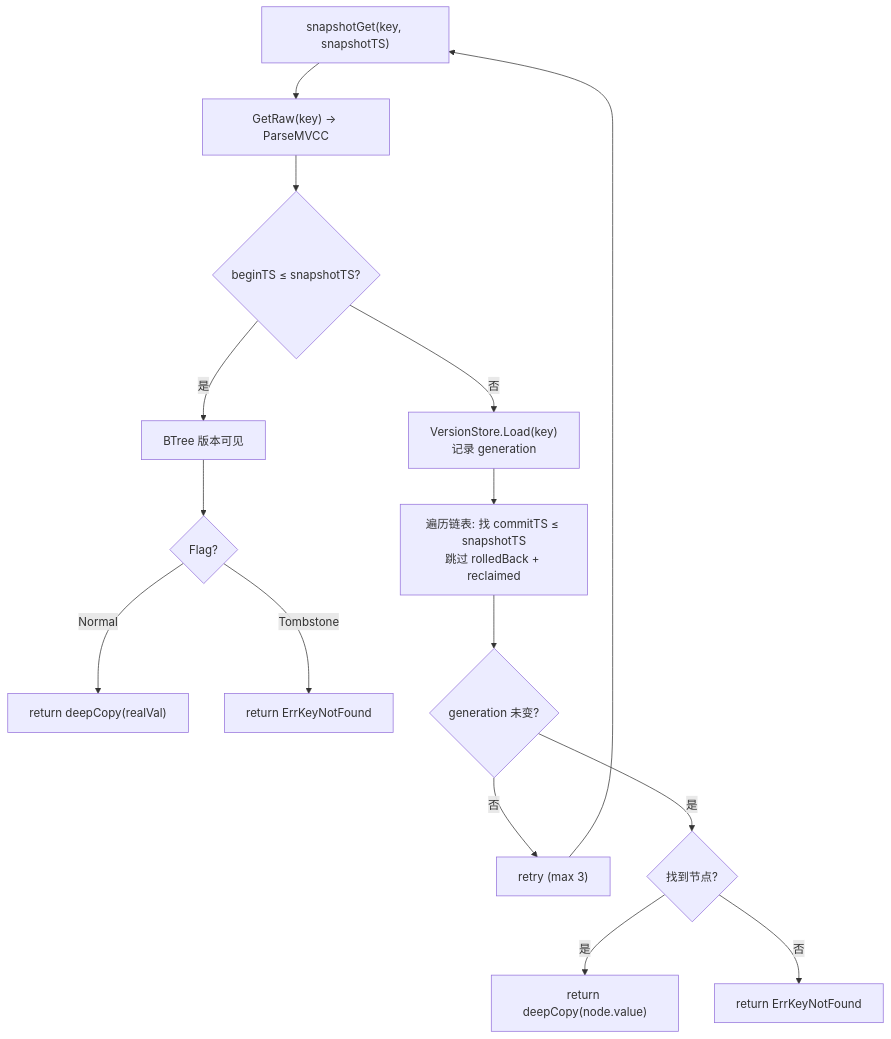
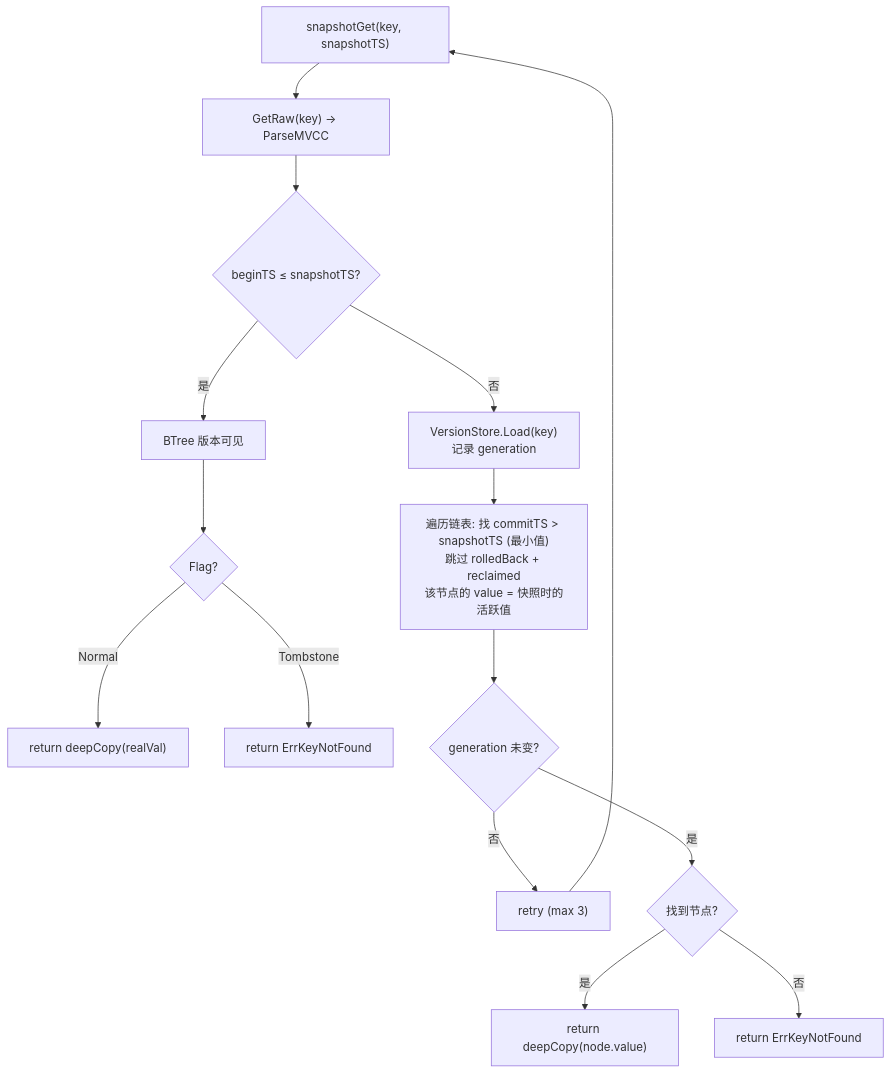
Before and after one commit to jzhang405/NexKV: diagram 32 of 39 in docs/07_spike/btree-refactor/2026-05-23-persistence-architecture-comprehensive-guide.md, drawn with Mermaid. The commit also changed other lines of this file, not shown here.

````diff
--- a/docs/07_spike/btree-refactor/2026-05-23-persistence-architecture-comprehensive-guide.md
+++ b/docs/07_spike/btree-refactor/2026-05-23-persistence-architecture-comprehensive-guide.md
@@ -942,19 +943,19 @@
 ```mermaid
 flowchart TB
     Start2["snapshotGet(key, snapshotTS)"] --> ReadBTree["GetRaw(key) → ParseMVCC"]
     ReadBTree --> Check{"beginTS ≤ snapshotTS?"}
     
     Check -->|"是"| Visible["BTree 版本可见"]
     Visible --> CheckFlag{"Flag?"}
     CheckFlag -->|"Normal"| Return["return deepCopy(realVal)"]
     CheckFlag -->|"Tombstone"| NotFound["return ErrKeyNotFound"]
     
     Check -->|"否"| LoadChain["VersionStore.Load(key)<br/>记录 generation"]
-    LoadChain --> Walk["遍历链表: 找 commitTS ≤ snapshotTS<br/>跳过 rolledBack + reclaimed"]
+    LoadChain --> Walk["遍历链表: 找 commitTS > snapshotTS (最小值)<br/>跳过 rolledBack + reclaimed<br/>该节点的 value = 快照时的活跃值"]
     Walk --> GenCheck{"generation 未变?"}
     GenCheck -->|"否"| Retry2["retry (max 3)"]
     GenCheck -->|"是"| Found{"找到节点?"}
     Found -->|"是"| ReturnVal["return deepCopy(node.value)"]
     Found -->|"否"| NotFound2["return ErrKeyNotFound"]
     Retry2 --> Start2
 ```
````
